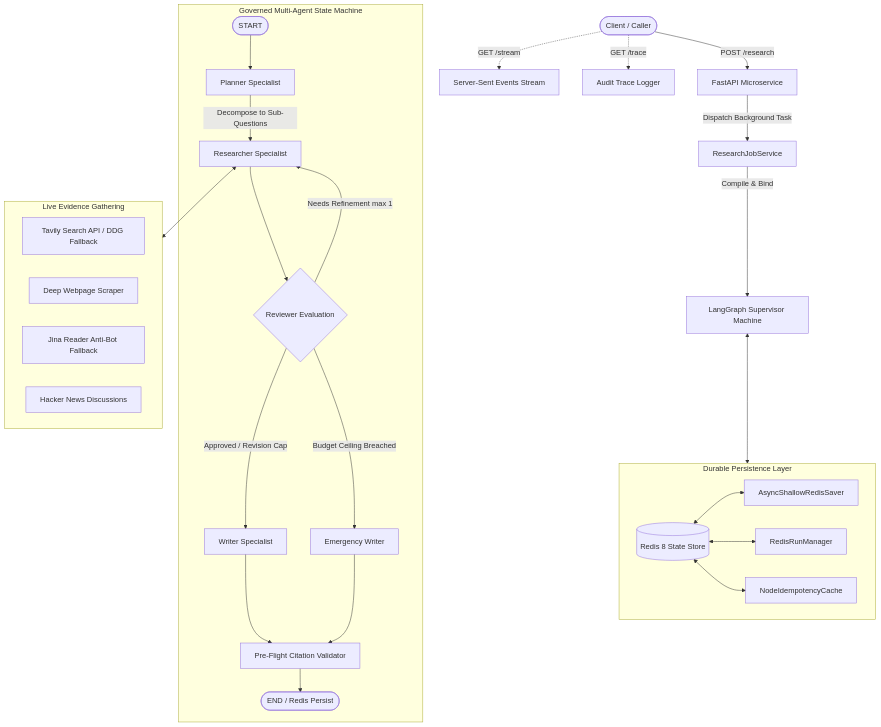
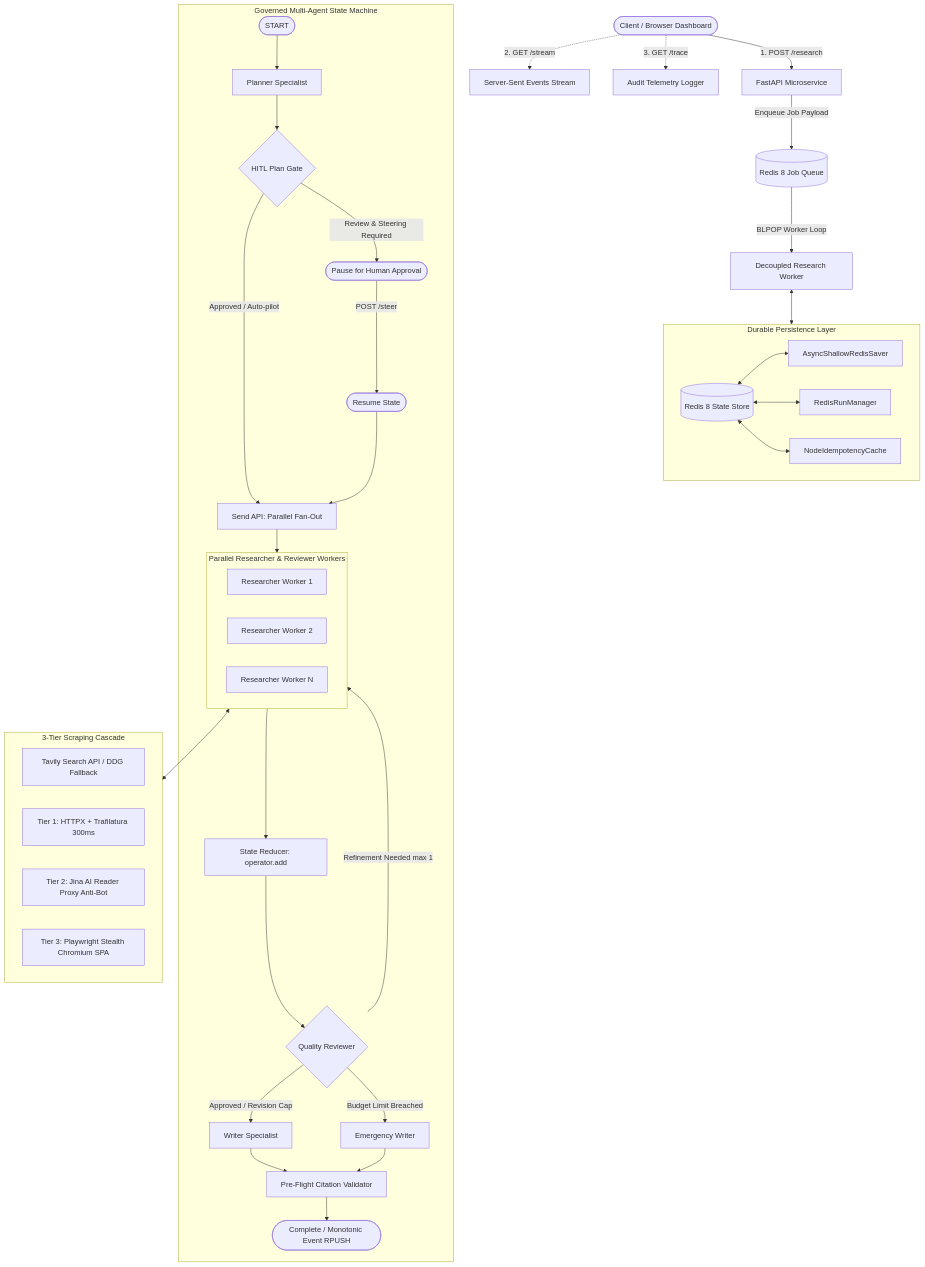
The diagram in README.md (codefixxx/Multiagent_Research_Assistant), drawn with Mermaid before and after one commit. The commit also changed other lines of this file and 7 other files, not shown here.

Commit message:
docs: update README with architectural metrics, categorized UI screenshots, and remove clutter

````diff
--- a/README.md
+++ b/README.md
@@ -23,42 +92,56 @@
 ```mermaid
 flowchart TD
-    Client([Client / Caller]) -->|POST /research| API[FastAPI Microservice]
-    Client -.->|GET /stream| SSE[Server-Sent Events Stream]
-    Client -.->|GET /trace| Audit[Audit Trace Logger]
+    Client([Client / Browser Dashboard]) -->|1. POST /research| API[FastAPI Microservice]
+    Client -.->|2. GET /stream| SSE[Server-Sent Events Stream]
+    Client -.->|3. GET /trace| Audit[Audit Telemetry Logger]
 
-    API -->|Dispatch Background Task| Engine[ResearchJobService]
-    Engine -->|Compile & Bind| Graph[LangGraph Supervisor Machine]
+    API -->|Enqueue Job Payload| Queue[(Redis 8 Job Queue)]
+    Queue -->|BLPOP Worker Loop| Worker[Decoupled Research Worker]
 
     subgraph StatePersistence ["Durable Persistence Layer"]
         Redis[(Redis 8 State Store)]
         Saver[AsyncShallowRedisSaver]
         RunMgr[RedisRunManager]
         Cache[NodeIdempotencyCache]
         Redis <--> Saver
         Redis <--> RunMgr
         Redis <--> Cache
     end
 
-    Graph <--> StatePersistence
+    Worker <--> StatePersistence
 
     subgraph MultiAgentStateMachine ["Governed Multi-Agent State Machine"]
         Start([START]) --> Planner[Planner Specialist]
-        Planner -->|Decompose to Sub-Questions| Researcher[Researcher Specialist]
-        Researcher --> Reviewer{Reviewer Evaluation}
-        Reviewer -->|Needs Refinement max 1| Researcher
+        Planner --> HITLGate{HITL Plan Gate}
+        HITLGate -->|Review & Steering Required| AwaitApproval([Pause for Human Approval])
+        AwaitApproval -->|POST /steer| ResumePlan([Resume State])
+        HITLGate -->|Approved / Auto-pilot| FanOut[Send API: Parallel Fan-Out]
+        ResumePlan --> FanOut
+
+        subgraph ParallelWorkers ["Parallel Researcher & Reviewer Workers"]
+            Worker1[Researcher Worker 1]
+            Worker2[Researcher Worker 2]
+            WorkerN[Researcher Worker N]
+        end
+
+        FanOut --> ParallelWorkers
+        ParallelWorkers --> Consolidator[State Reducer: operator.add]
+        Consolidator --> Reviewer{Quality Reviewer}
+        Reviewer -->|Refinement Needed max 1| ParallelWorkers
         Reviewer -->|Approved / Revision Cap| Writer[Writer Specialist]
-        Reviewer -->|Budget Ceiling Breached| Emergency[Emergency Writer]
+        Reviewer -->|Budget Limit Breached| Emergency[Emergency Writer]
+
         Writer --> Validator[Pre-Flight Citation Validator]
         Emergency --> Validator
-        Validator --> EndNode([END / Redis Persist])
+        Validator --> Complete([Complete / Monotonic Event RPUSH])
     end
 
-    subgraph EvidenceEngine ["Live Evidence Gathering"]
+    subgraph EvidenceEngine ["3-Tier Scraping Cascade"]
         Search[Tavily Search API / DDG Fallback]
-        Scraper[Deep Webpage Scraper]
-        Jina[Jina Reader Anti-Bot Fallback]
-        HN[Hacker News Discussions]
+        Tier1[Tier 1: HTTPX + Trafilatura 300ms]
+        Tier2[Tier 2: Jina AI Reader Proxy Anti-Bot]
+        Tier3[Tier 3: Playwright Stealth Chromium SPA]
     end
 
-    Researcher <--> EvidenceEngine
+    ParallelWorkers <--> EvidenceEngine
 ```
````
